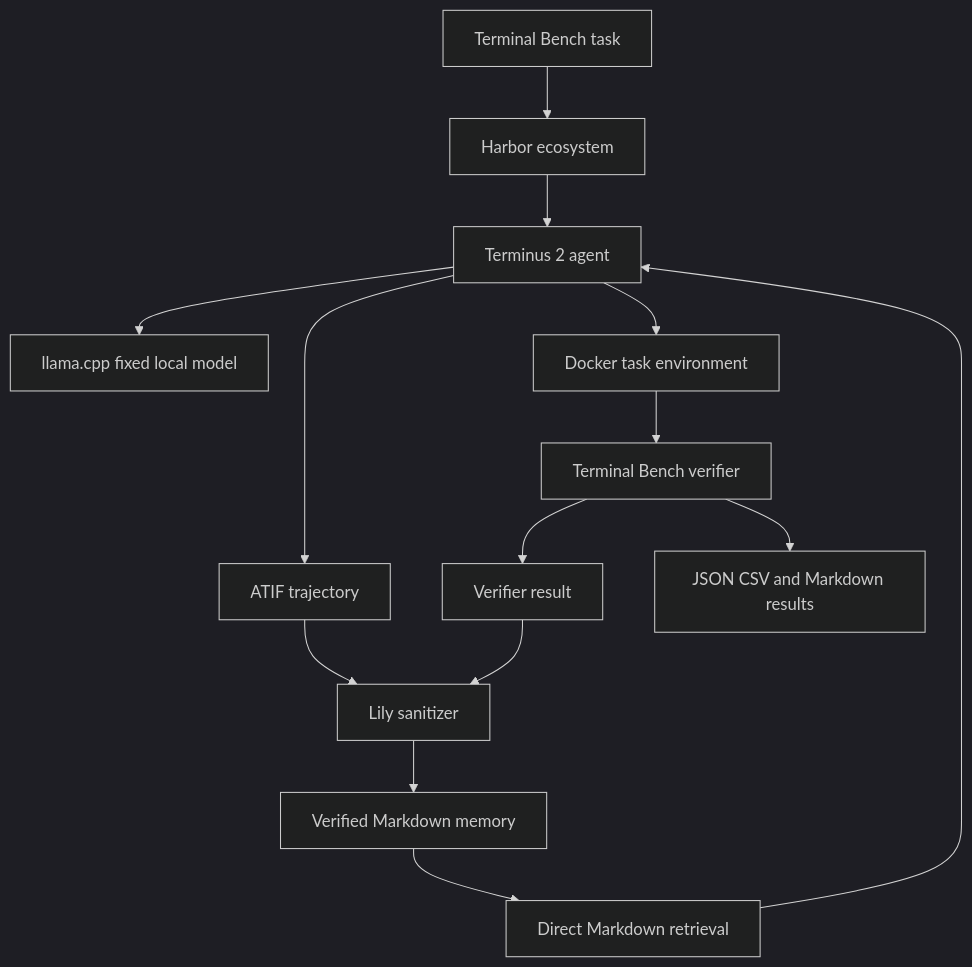
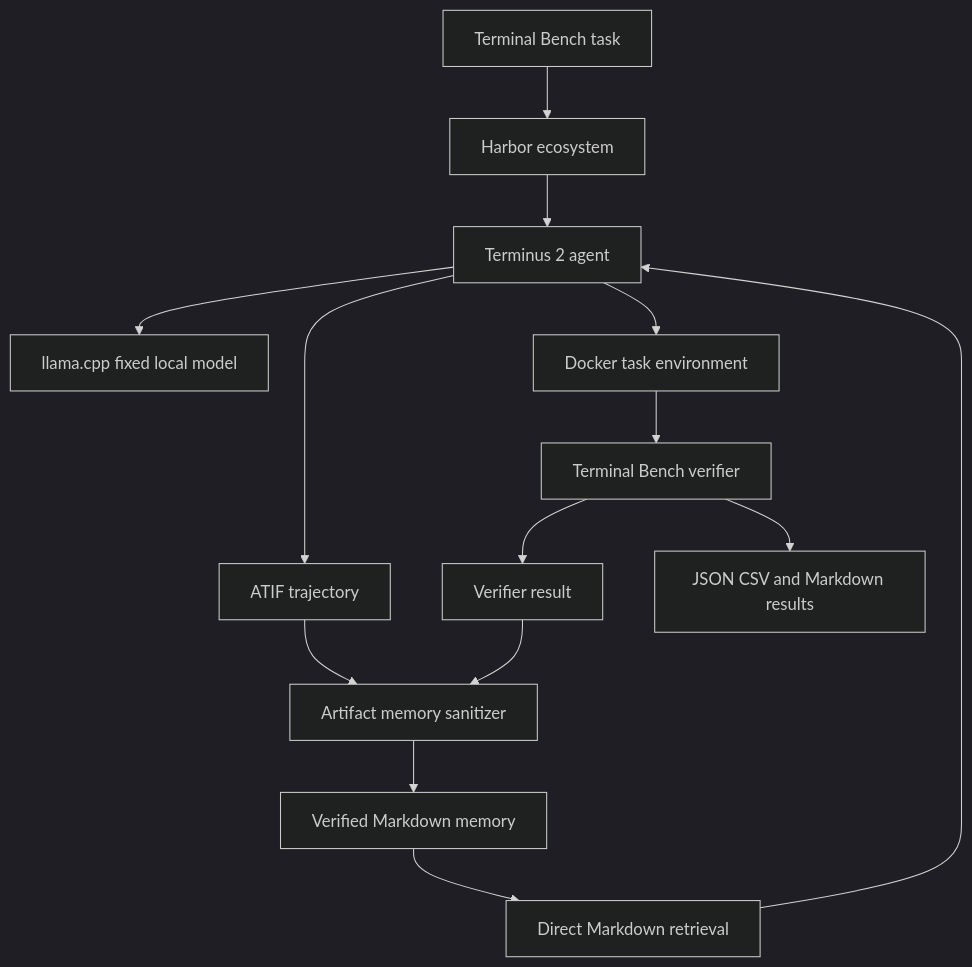
The diagram in projects/01_terminal_artifact_memory/SETUP.md (raghavan/longtail-inference-lab), drawn with Mermaid (dark theme) before and after one commit. The commit also changed other lines of this file and 38 other files, not shown here.

First line of the commit message:
feat(artifact_memory): implement terminal artifact memory pilot (#35)

````diff
--- a/projects/01_terminal_artifact_memory/SETUP.md
+++ b/projects/01_terminal_artifact_memory/SETUP.md
@@ -48,16 +48,16 @@
 ```mermaid
 flowchart TD
     A[Terminal Bench task] --> B[Harbor ecosystem]
     B --> C[Terminus 2 agent]
     C --> D[llama.cpp fixed local model]
     C --> E[Docker task environment]
     E --> F[Terminal Bench verifier]
     C --> G[ATIF trajectory]
     F --> H[Verifier result]
-    G --> I[Lily sanitizer]
+    G --> I[Artifact memory sanitizer]
     H --> I
     I --> J[Verified Markdown memory]
     J --> K[Direct Markdown retrieval]
     K --> C
     F --> L[JSON CSV and Markdown results]
 ```
````
